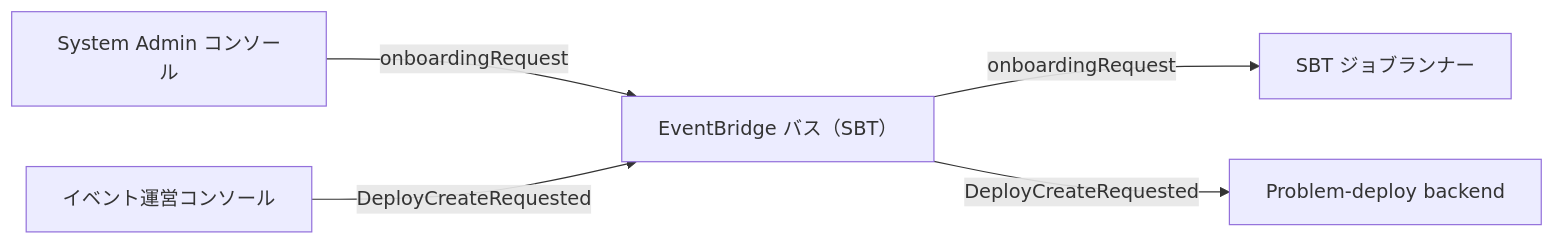
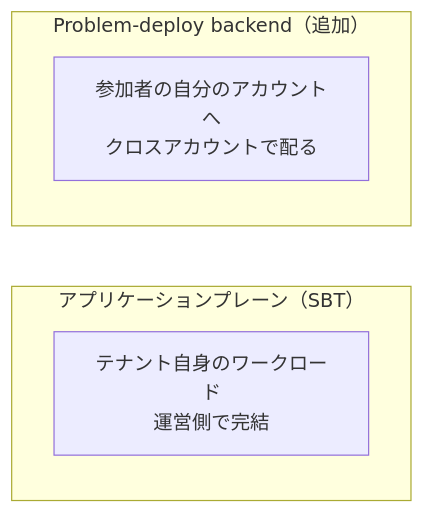
The second of 3 diagrams in articles/tenkacloud-sbt-multi-tenant-saas.md (susumutomita/zenn-article), drawn with Mermaid before and after one commit. The commit also changed other lines of this file, not shown here.

````diff
--- a/articles/tenkacloud-sbt-multi-tenant-saas.md
+++ b/articles/tenkacloud-sbt-multi-tenant-saas.md
@@ -87,7 +113,9 @@
 ```mermaid
 flowchart LR
-  Admin["System Admin コンソール"] -->|onboardingRequest| Bus["EventBridge バス（SBT）"]
-  Bus -->|onboardingRequest| Job["SBT ジョブランナー"]
-  Console["イベント運営コンソール"] -->|DeployCreateRequested| Bus
-  Bus -->|DeployCreateRequested| PD["Problem-deploy backend"]
+  subgraph AppPlane["アプリケーションプレーン（SBT）"]
+    T["テナント自身のワークロード<br/>運営側で完結"]
+  end
+  subgraph ProbDeploy["Problem-deploy backend（追加）"]
+    P["参加者の自分のアカウントへ<br/>クロスアカウントで配る"]
+  end
 ```
````
